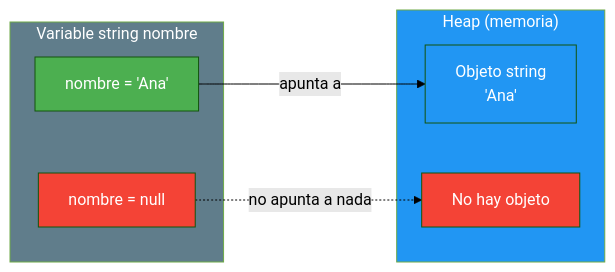
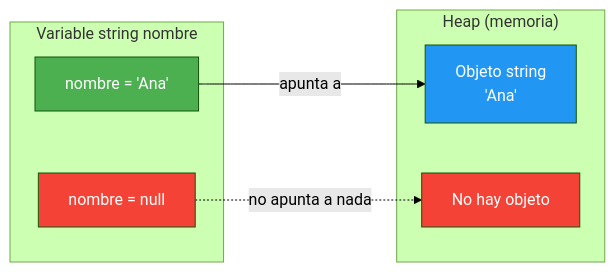
One commit to joseluisgs/Programacion-01-2026-2027 changed the second of 6 diagrams in 06-variables-constantes-literales.md. Above: the diagram before and after it, drawn with Mermaid (forest theme). The commit also changed 3 other files, not shown here.

First line of the commit message:
docs: elimina los style de los subgraf de los diagramas Mermaid

````diff
--- a/06-variables-constantes-literales.md
+++ b/06-variables-constantes-literales.md
@@ -184,19 +184,17 @@
 ```mermaid
 graph LR
     subgraph VARIABLE ["Variable string nombre"]
         A["nombre = 'Ana'"]
         B["nombre = null"]
     end
     subgraph HEAP ["Heap (memoria)"]
         C["Objeto string<br/>'Ana'"]
         D["No hay objeto"]
     end
     A -->|"apunta a"| C
     B -.->|"no apunta a nada"| D
-    style VARIABLE fill:#607D8B,color:#fff
-    style HEAP fill:#2196F3,color:#fff
     style A fill:#4CAF50,color:#fff
     style B fill:#f44336,color:#fff
     style C fill:#2196F3,color:#fff
     style D fill:#f44336,color:#fff
 ```
````
